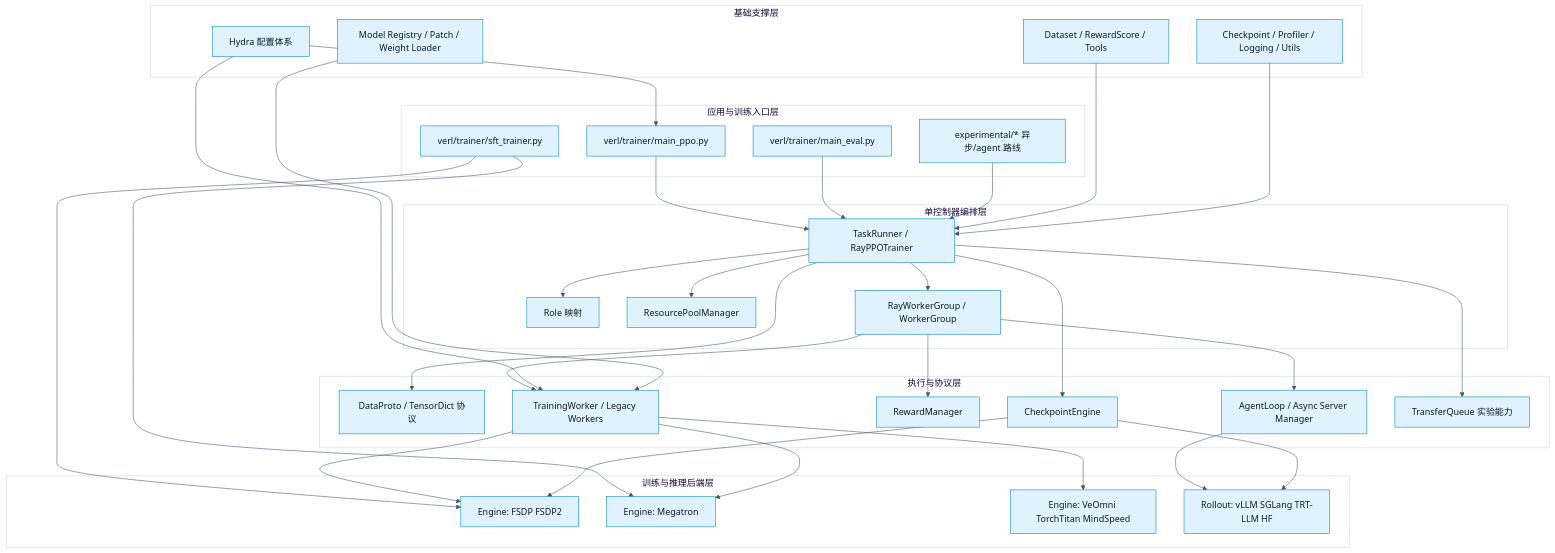
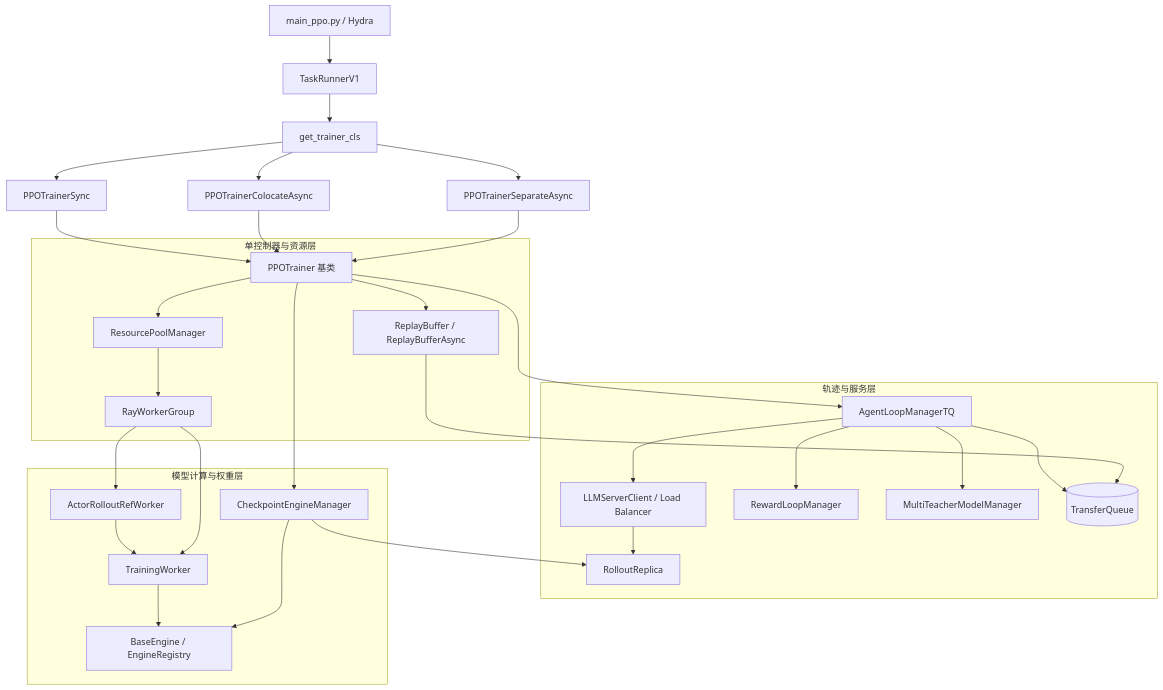
One commit to CWYH/verl changed the first of 2 diagrams in read/architecture.md. Above: the diagram before and after it, drawn with Mermaid. The commit also changed other lines of this file, not shown here.

Commit message:
docs(read): update architecture for v1 trainer

````diff
--- a/read/architecture.md
+++ b/read/architecture.md
@@ -39,79 +41,49 @@
 ```mermaid
-%%{init: {
-  "theme": "base",
-  "themeVariables": {
-    "background": "#f8fafc",
-    "primaryColor": "#e0f2fe",
-    "primaryTextColor": "#0f172a",
-    "primaryBorderColor": "#0284c7",
-    "lineColor": "#475569",
-    "secondaryColor": "#fef3c7",
-    "tertiaryColor": "#ecfccb",
-    "clusterBkg": "#ffffff",
-    "clusterBorder": "#cbd5e1"
-  }
-}}%%
 flowchart TB
-    subgraph App[应用与训练入口层]
-        A1[verl/trainer/main_ppo.py]
-        A2[verl/trainer/sft_trainer.py]
-        A3[verl/trainer/main_eval.py]
-        A4[experimental/* 异步/agent 路线]
+    Entry[main_ppo.py / Hydra] --> Runner[TaskRunnerV1]
+    Runner --> Factory[get_trainer_cls]
+    Factory --> Sync[PPOTrainerSync]
+    Factory --> Colo[PPOTrainerColocateAsync]
+    Factory --> Sep[PPOTrainerSeparateAsync]
+
+    subgraph Control[单控制器与资源层]
+        Trainer[PPOTrainer 基类]
+        RPM[ResourcePoolManager]
+        WG[RayWorkerGroup]
+        Replay[ReplayBuffer / ReplayBufferAsync]
     end
 
-    subgraph Orchestrator[单控制器编排层]
-        B1[TaskRunner / RayPPOTrainer]
-        B2[Role 映射]
-        B3[ResourcePoolManager]
-        B4[RayWorkerGroup / WorkerGroup]
+    Sync --> Trainer
+    Colo --> Trainer
+    Sep --> Trainer
+    Trainer --> RPM --> WG
+    Trainer --> Replay
+
+    subgraph Trajectory[轨迹与服务层]
+        ALM[AgentLoopManagerTQ]
+        Client[LLMServerClient / Load Balancer]
+        Replica[RolloutReplica]
+        Reward[RewardLoopManager]
+        Teacher[MultiTeacherModelManager]
+        TQ[(TransferQueue)]
     end
 
-    subgraph Core[执行与协议层]
-        C1[DataProto / TensorDict 协议]
-        C2[TrainingWorker / Legacy Workers]
-        C3[RewardManager]
-        C4[AgentLoop / Async Server Manager]
-        C5[CheckpointEngine]
-        C6[TransferQueue 实验能力]
+    Trainer --> ALM --> Client --> Replica
+    ALM --> Reward
+    ALM --> Teacher
+    ALM --> TQ
+    Replay --> TQ
+
+    subgraph Compute[模型计算与权重层]
+        Hybrid[ActorRolloutRefWorker]
+        Train[TrainingWorker]
+        Engine[BaseEngine / EngineRegistry]
+        Ckpt[CheckpointEngineManager]
     end
 
-    subgraph Backend[训练与推理后端层]
-        D1[Engine: FSDP FSDP2]
-        D2[Engine: Megatron]
-        D3[Engine: VeOmni TorchTitan MindSpeed]
-        D4[Rollout: vLLM SGLang TRT-LLM HF]
-    end
-
-    subgraph Support[基础支撑层]
-        E1[Hydra 配置体系]
-        E2[Dataset / RewardScore / Tools]
-        E3[Checkpoint / Profiler / Logging / Utils]
-        E4[Model Registry / Patch / Weight Loader]
-    end
-
-    A1 --> B1
-    A2 --> D1
-    A2 --> D2
-    A3 --> B1
-    A4 --> B1
-    B1 --> B2
-    B1 --> B3
-    B1 --> B4
-    B4 --> C2
-    B4 --> C3
-    B4 --> C4
-    C2 --> D1
-    C2 --> D2
-    C2 --> D3
-    C4 --> D4
-    C5 --> D1
-    C5 --> D4
-    B1 --> C1
-    B1 --> C5
-    B1 --> C6
-    E1 --> A1
-    E1 --> C2
-    E2 --> B1
-    E3 --> B1
-    E4 --> C2
+    WG --> Hybrid --> Train --> Engine
+    WG --> Train
+    Trainer --> Ckpt
+    Ckpt --> Engine
+    Ckpt --> Replica
 ```
````
